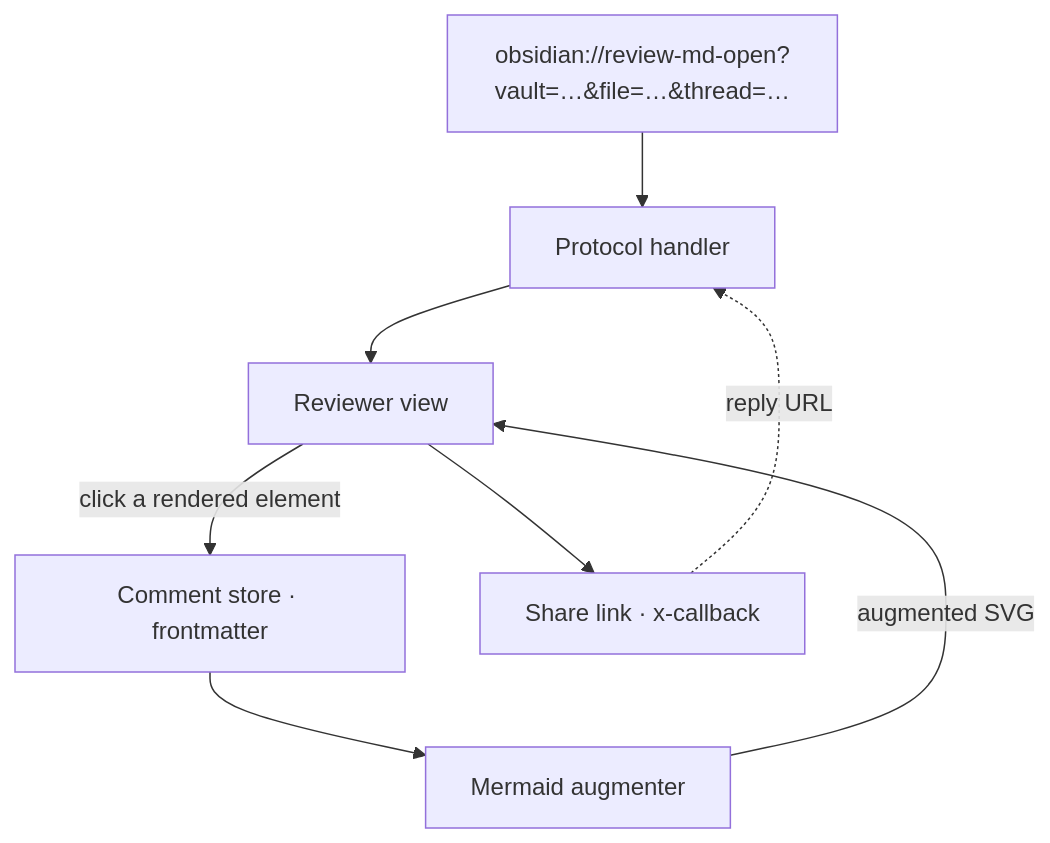
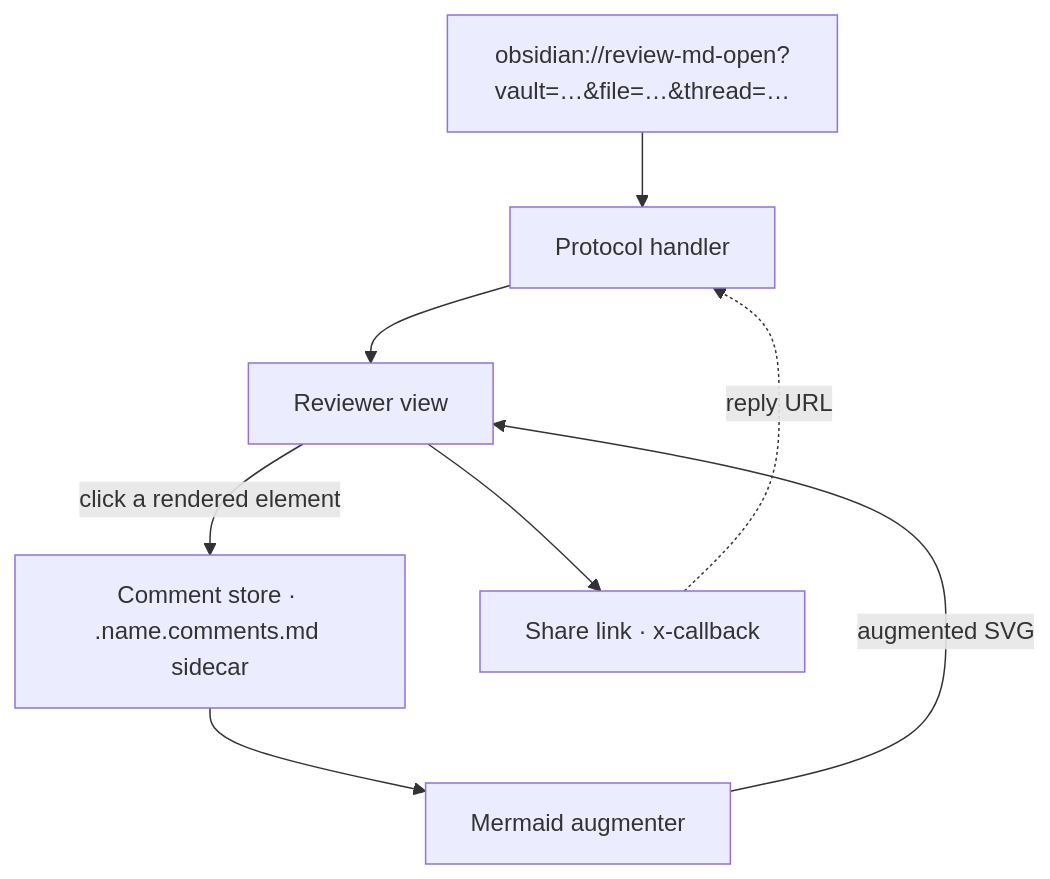
One commit to omars-lab/review-md changed the first of 3 diagrams in design.md. Above: the diagram before and after it, drawn with Mermaid. The commit also changed other lines of this file and 7 other files, not shown here.

First line of the commit message:
Add reviewer sidebar, sidecar storage, version stamps, and mermaid comments

````diff
--- a/design.md
+++ b/design.md
@@ -68,10 +29,10 @@
 ```mermaid
 flowchart TB
   URL["obsidian://review-md-open?vault=…&file=…&thread=…"] --> PH[Protocol handler]
   PH --> RV[Reviewer view]
-  RV -->|click a rendered element| CS[Comment store · frontmatter]
+  RV -->|click a rendered element| CS["Comment store · .name.comments.md sidecar"]
   CS --> MA[Mermaid augmenter]
   MA -->|augmented SVG| RV
   RV --> SL[Share link · x-callback]
   SL -.->|reply URL| PH
 ```
````
